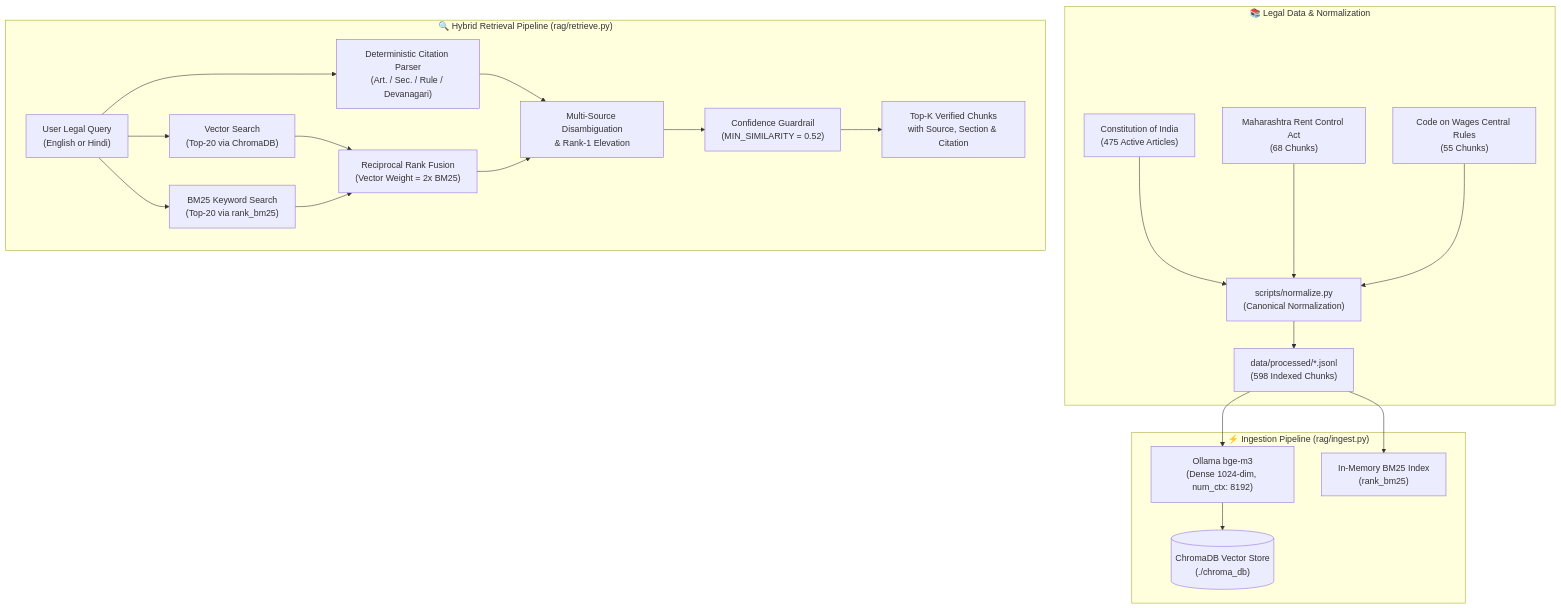
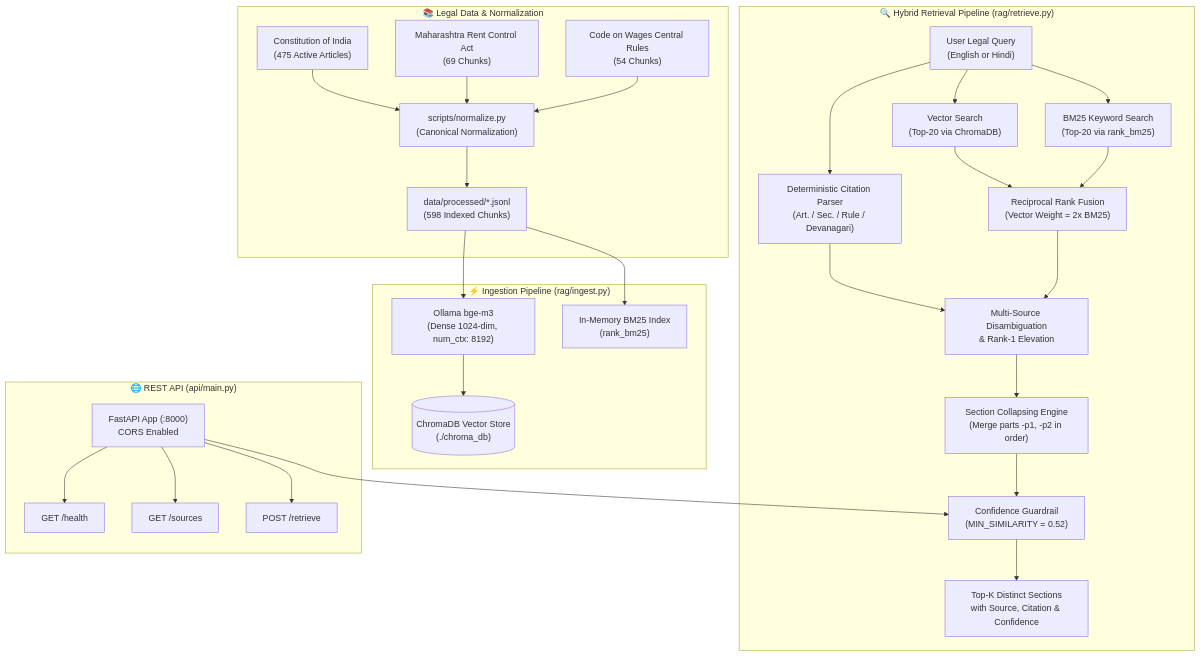
One commit to NotNirav/Legal-Lens changed the diagram in README.md. Above: the diagram before and after it, drawn with Mermaid. The commit also changed other lines of this file and 15 other files, not shown here.

Commit message:
feat: add FastAPI service, Gemma 4 LLM wrapper, web grounding, and section collapsing

````diff
--- a/README.md
+++ b/README.md
@@ -37,28 +40,36 @@
 ```mermaid
 flowchart TD
     subgraph Data_Layer ["📚 Legal Data & Normalization"]
         COI["Constitution of India\n(475 Active Articles)"] --> NORM["scripts/normalize.py\n(Canonical Normalization)"]
-        MRCA["Maharashtra Rent Control Act\n(68 Chunks)"] --> NORM
-        COW["Code on Wages Central Rules\n(55 Chunks)"] --> NORM
+        MRCA["Maharashtra Rent Control Act\n(69 Chunks)"] --> NORM
+        COW["Code on Wages Central Rules\n(54 Chunks)"] --> NORM
         NORM --> PROC["data/processed/*.jsonl\n(598 Indexed Chunks)"]
     end
 
     subgraph Indexing ["⚡ Ingestion Pipeline (rag/ingest.py)"]
         PROC --> EMB["Ollama bge-m3\n(Dense 1024-dim, num_ctx: 8192)"]
         EMB --> CHROMA[("ChromaDB Vector Store\n(./chroma_db)")]
         PROC --> BM25_IDX["In-Memory BM25 Index\n(rank_bm25)"]
     end
 
     subgraph Query_Engine ["🔍 Hybrid Retrieval Pipeline (rag/retrieve.py)"]
         USER_Q["User Legal Query\n(English or Hindi)"] --> V_SEARCH["Vector Search\n(Top-20 via ChromaDB)"]
         USER_Q --> K_SEARCH["BM25 Keyword Search\n(Top-20 via rank_bm25)"]
         USER_Q --> CITE_DET["Deterministic Citation Parser\n(Art. / Sec. / Rule / Devanagari)"]
         
         V_SEARCH --> RRF["Reciprocal Rank Fusion\n(Vector Weight = 2x BM25)"]
         K_SEARCH --> RRF
         CITE_DET --> DISAMB["Multi-Source Disambiguation\n& Rank-1 Elevation"]
         RRF --> DISAMB
-        DISAMB --> THRESH["Confidence Guardrail\n(MIN_SIMILARITY = 0.52)"]
-        THRESH --> OUT["Top-K Verified Chunks\nwith Source, Section & Citation"]
+        DISAMB --> COLLAPSE["Section Collapsing Engine\n(Merge parts -p1, -p2 in order)"]
+        COLLAPSE --> THRESH["Confidence Guardrail\n(MIN_SIMILARITY = 0.52)"]
+        THRESH --> OUT["Top-K Distinct Sections\nwith Source, Citation & Confidence"]
+    end
+
+    subgraph API_Layer ["🌐 REST API (api/main.py)"]
+        FASTAPI["FastAPI App (:8000)\nCORS Enabled"] --> THRESH
+        FASTAPI --> H_CHECK["GET /health"]
+        FASTAPI --> S_LIST["GET /sources"]
+        FASTAPI --> RET_EP["POST /retrieve"]
     end
 ```
````
